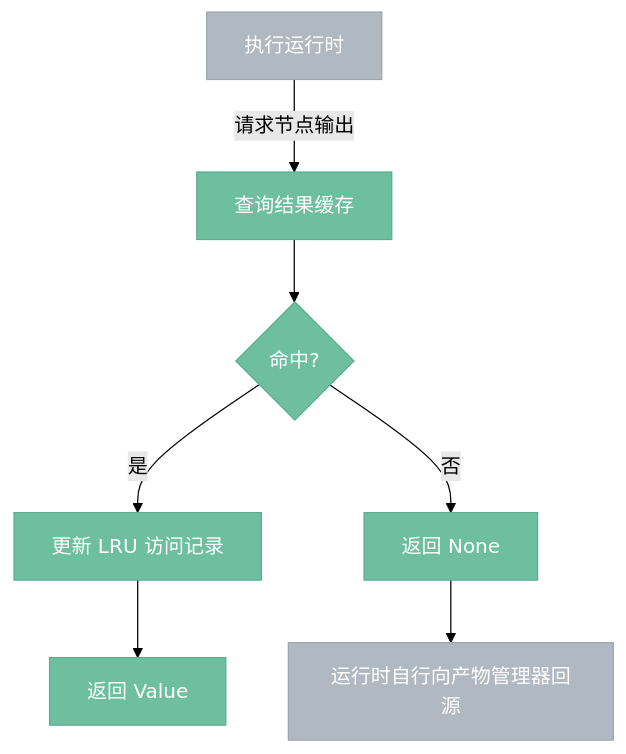
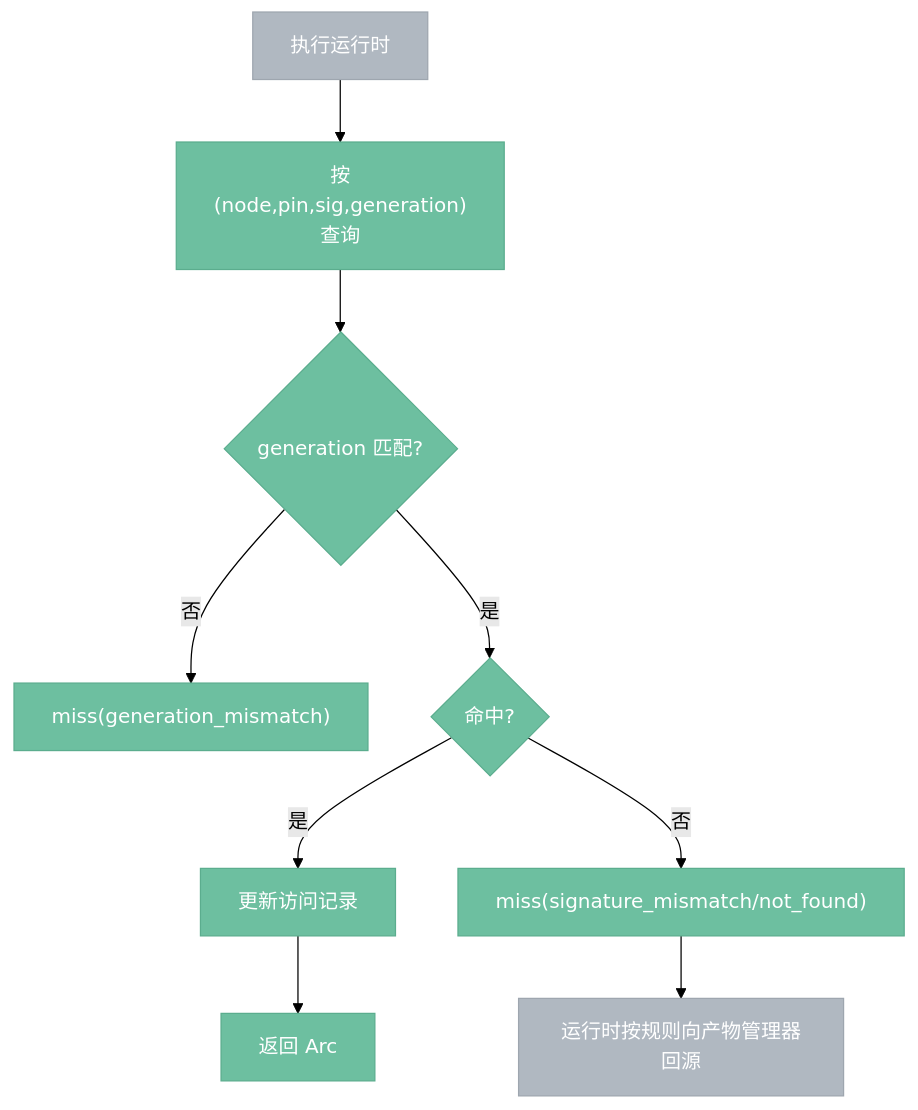
Before and after one commit to aporicho/nodeimg: the third of 4 diagrams in docs/target/4.5.0-cache.impl.md, drawn with Mermaid (forest theme). The commit also changed other lines of this file and 32 other files, not shown here.

````diff
--- a/docs/target/4.5.0-cache.impl.md
+++ b/docs/target/4.5.0-cache.impl.md
@@ -52,13 +96,15 @@
 ```mermaid
 %%{ init: { 'flowchart': { 'curve': 'basis' } } }%%
 flowchart TB
     classDef internal fill:#6DBFA0,stroke:#5BAD8E,color:#fff
     classDef external fill:#B0B8C1,stroke:#9EA6AF,color:#fff
 
-    运行时["执行运行时"]:::external -->|"请求节点输出"| 查询["查询结果缓存"]:::internal
-    查询 --> 命中{"命中?"}:::internal
-    命中 -->|"是"| 更新LRU["更新 LRU 访问记录"]:::internal
-    更新LRU --> 返回["返回 Value"]:::internal
-    命中 -->|"否"| 返回None["返回 None"]:::internal
-    返回None --> 运行时回源["运行时自行向产物管理器回源"]:::external
+    运行时["执行运行时"]:::external --> 查询["按(node,pin,sig,generation)查询"]:::internal
+    查询 --> 代际校验{"generation 匹配?"}:::internal
+    代际校验 -->|"否"| 返回None["miss(generation_mismatch)"]:::internal
+    代际校验 -->|"是"| 命中{"命中?"}:::internal
+    命中 -->|"是"| 更新LRU["更新访问记录"]:::internal
+    更新LRU --> 返回["返回 Arc<Value>"]:::internal
+    命中 -->|"否"| 返回None2["miss(signature_mismatch/not_found)"]:::internal
+    返回None2 --> 回源["运行时按规则向产物管理器回源"]:::external
 ```
````
